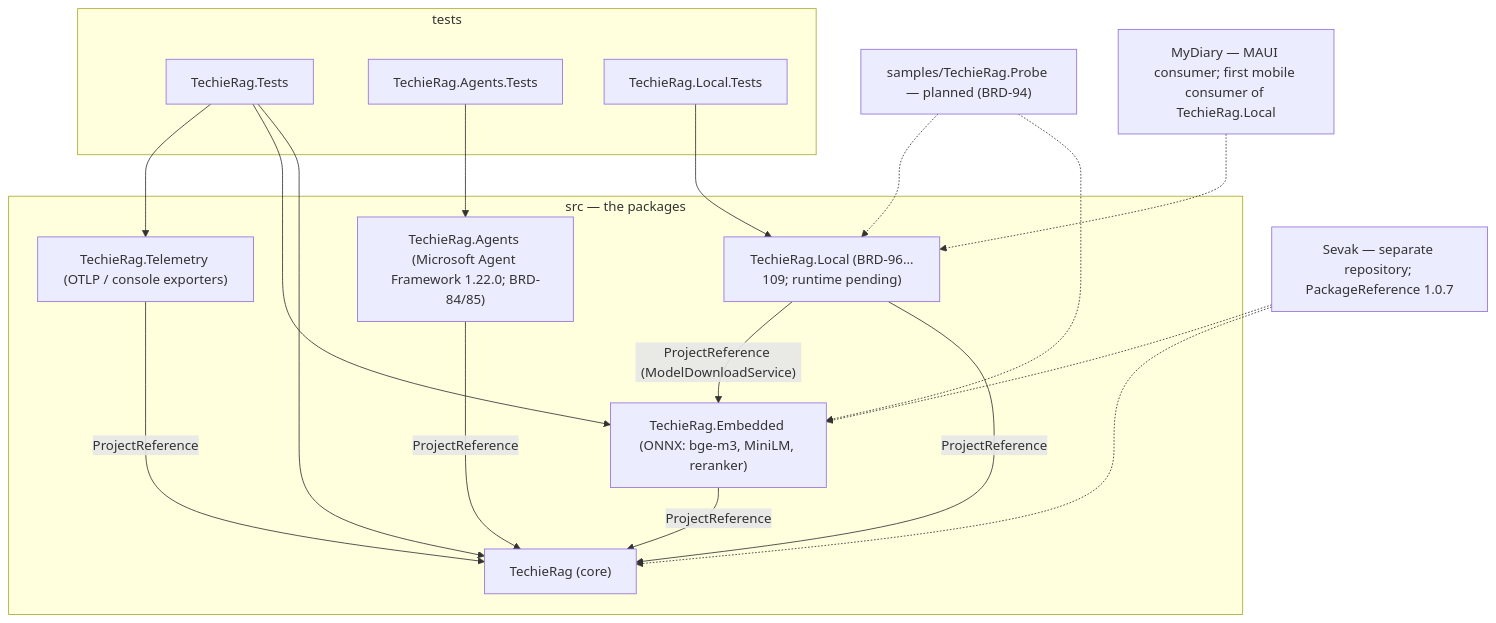
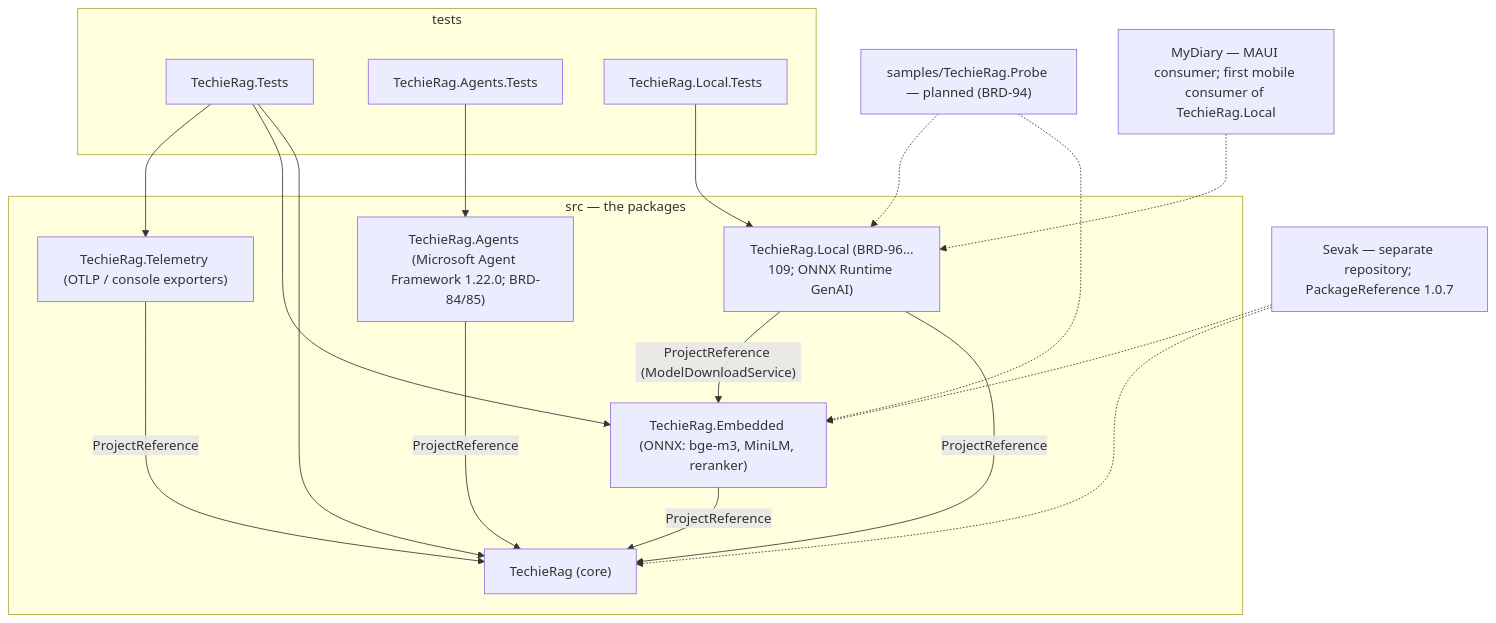
The first of 3 diagrams in docs/TechieRag-Architecture.md (techierathore/TechieRag), drawn with Mermaid before and after one commit. The commit also changed other lines of this file and 108 other files, not shown here.

````diff
--- a/docs/TechieRag-Architecture.md
+++ b/docs/TechieRag-Architecture.md
@@ -49,33 +49,33 @@
 ```mermaid
 flowchart TB
   subgraph Packages["src — the packages"]
     Core["TechieRag (core)"]
     Embed["TechieRag.Embedded (ONNX: bge-m3, MiniLM, reranker)"]
     Tel["TechieRag.Telemetry (OTLP / console exporters)"]
     Agents["TechieRag.Agents (Microsoft Agent Framework 1.22.0; BRD-84/85)"]
-    Local["TechieRag.Local (BRD-96…109; runtime pending)"]
+    Local["TechieRag.Local (BRD-96…109; ONNX Runtime GenAI)"]
   end
   subgraph Tests["tests"]
     UT["TechieRag.Tests"]
     AT["TechieRag.Agents.Tests"]
     LT["TechieRag.Local.Tests"]
   end
   Probe["samples/TechieRag.Probe — planned (BRD-94)"]
   Sevak["Sevak — separate repository; PackageReference 1.0.7"]
   Diary["MyDiary — MAUI consumer; first mobile consumer of TechieRag.Local"]
   Embed -->|"ProjectReference"| Core
   Tel -->|"ProjectReference"| Core
   Agents -->|"ProjectReference"| Core
   AT --> Agents
   Local -->|"ProjectReference"| Core
   Local -->|"ProjectReference (ModelDownloadService)"| Embed
   LT --> Local
   UT --> Core
   UT --> Embed
   UT --> Tel
   Probe -.-> Embed
   Probe -.-> Local
   Sevak -.-> Core
   Sevak -.-> Embed
   Diary -.-> Local
 ```
````
